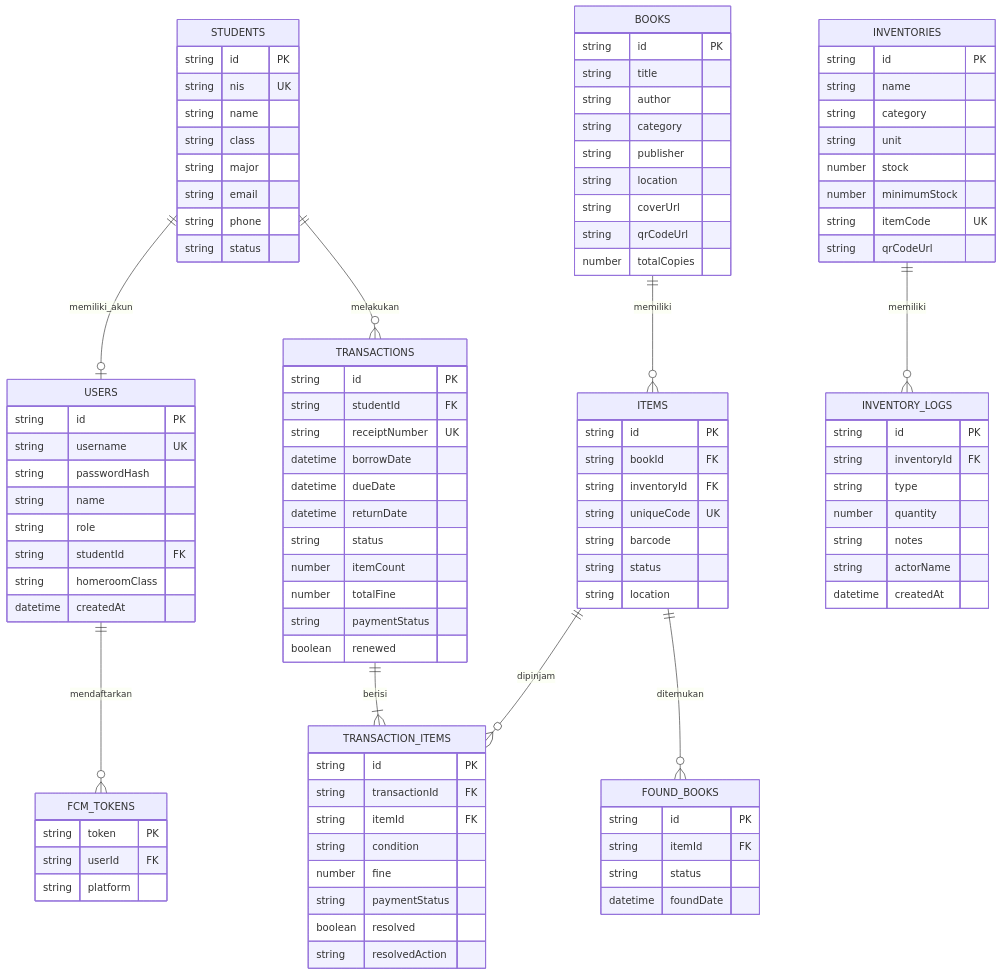
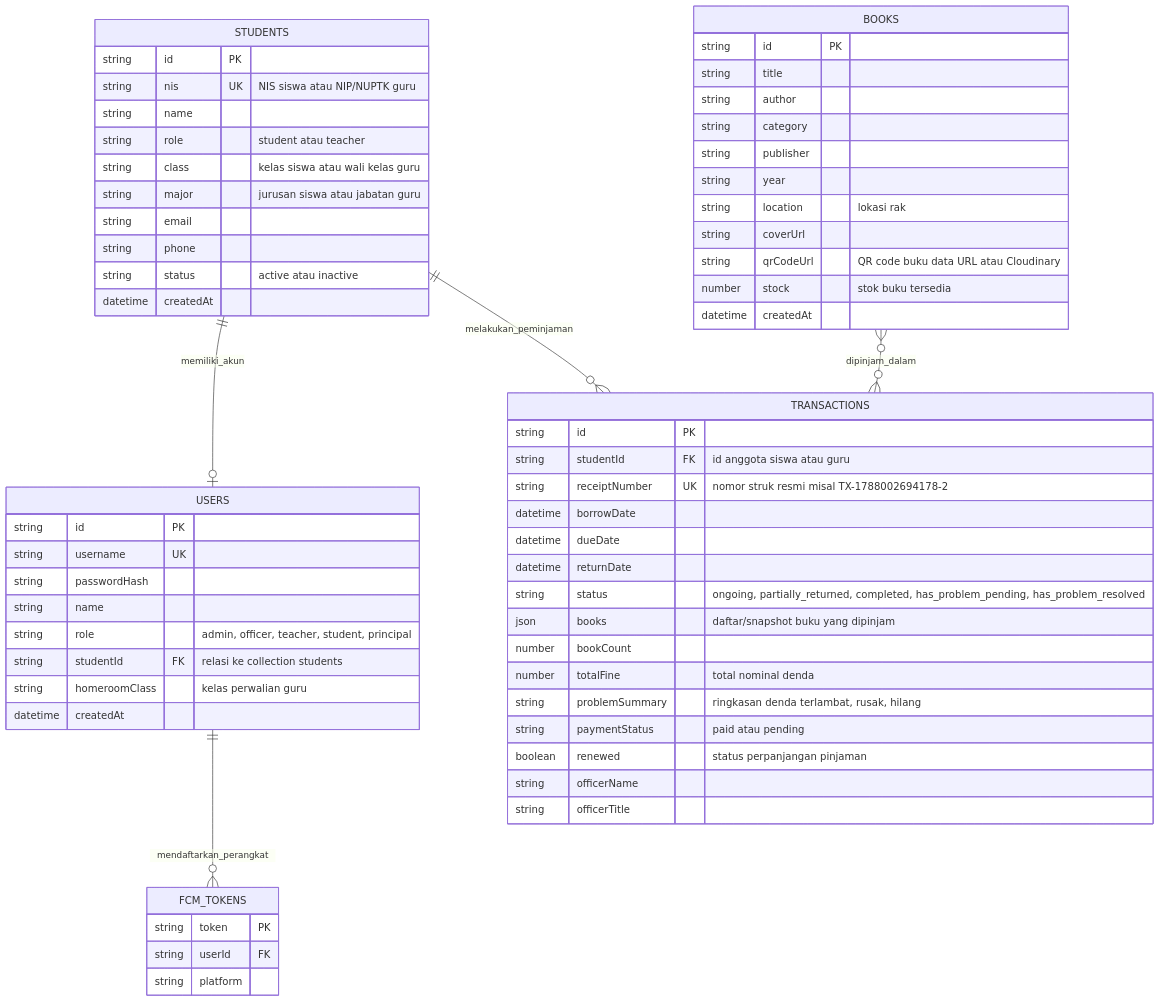
Before and after one commit to karinatantri/Perpustakaan: the second of 16 diagrams in Readme.md, drawn with Mermaid. The commit also changed other lines of this file and 27 other files, not shown here.

````diff
--- a/Readme.md
+++ b/Readme.md
@@ -111,33 +191,31 @@
 ```mermaid
 erDiagram
   STUDENTS ||--o| USERS : memiliki_akun
-  STUDENTS ||--o{ TRANSACTIONS : melakukan
-  USERS ||--o{ FCM_TOKENS : mendaftarkan
-  BOOKS ||--o{ ITEMS : memiliki
-  TRANSACTIONS ||--|{ TRANSACTION_ITEMS : berisi
-  ITEMS ||--o{ TRANSACTION_ITEMS : dipinjam
-  INVENTORIES ||--o{ INVENTORY_LOGS : memiliki
-  ITEMS ||--o{ FOUND_BOOKS : ditemukan
+  STUDENTS ||--o{ TRANSACTIONS : melakukan_peminjaman
+  USERS ||--o{ FCM_TOKENS : mendaftarkan_perangkat
+  BOOKS }o--o{ TRANSACTIONS : dipinjam_dalam
 
   USERS {
     string id PK
     string username UK
     string passwordHash
     string name
-    string role
-    string studentId FK
-    string homeroomClass
+    string role "admin, officer, teacher, student, principal"
+    string studentId FK "relasi ke collection students"
+    string homeroomClass "kelas perwalian guru"
     datetime createdAt
   }
   STUDENTS {
     string id PK
-    string nis UK
+    string nis UK "NIS siswa atau NIP/NUPTK guru"
     string name
-    string class
-    string major
+    string role "student atau teacher"
+    string class "kelas siswa atau wali kelas guru"
+    string major "jurusan siswa atau jabatan guru"
     string email
     string phone
-    string status
+    string status "active atau inactive"
+    datetime createdAt
   }
   BOOKS {
     string id PK
@@ -145,71 +223,33 @@
     string author
     string category
     string publisher
-    string location
+    string year
+    string location "lokasi rak"
     string coverUrl
-    string qrCodeUrl
-    number totalCopies
-  }
-  ITEMS {
-    string id PK
-    string bookId FK
-    string inventoryId FK
-    string uniqueCode UK
-    string barcode
-    string status
-    string location
+    string qrCodeUrl "QR code buku data URL atau Cloudinary"
+    number stock "stok buku tersedia"
+    datetime createdAt
   }
   TRANSACTIONS {
     string id PK
-    string studentId FK
-    string receiptNumber UK
+    string studentId FK "id anggota siswa atau guru"
+    string receiptNumber UK "nomor struk resmi misal TX-1788002694178-2"
     datetime borrowDate
     datetime dueDate
     datetime returnDate
-    string status
-    number itemCount
-    number totalFine
-    string paymentStatus
-    boolean renewed
-  }
-  TRANSACTION_ITEMS {
-    string id PK
-    string transactionId FK
-    string itemId FK
-    string condition
-    number fine
-    string paymentStatus
-    boolean resolved
-    string resolvedAction
-  }
-  INVENTORIES {
-    string id PK
-    string name
-    string category
-    string unit
-    number stock
-    number minimumStock
-    string itemCode UK
-    string qrCodeUrl
-  }
-  INVENTORY_LOGS {
-    string id PK
-    string inventoryId FK
-    string type
-    number quantity
-    string notes
-    string actorName
-    datetime createdAt
+    string status "ongoing, partially_returned, completed, has_problem_pending, has_problem_resolved"
+    json books "daftar/snapshot buku yang dipinjam"
+    number bookCount
+    number totalFine "total nominal denda"
+    string problemSummary "ringkasan denda terlambat, rusak, hilang"
+    string paymentStatus "paid atau pending"
+    boolean renewed "status perpanjangan pinjaman"
+    string officerName
+    string officerTitle
   }
   FCM_TOKENS {
     string token PK
     string userId FK
     string platform
   }
-  FOUND_BOOKS {
-    string id PK
-    string itemId FK
-    string status
-    datetime foundDate
-  }
 ```
````
